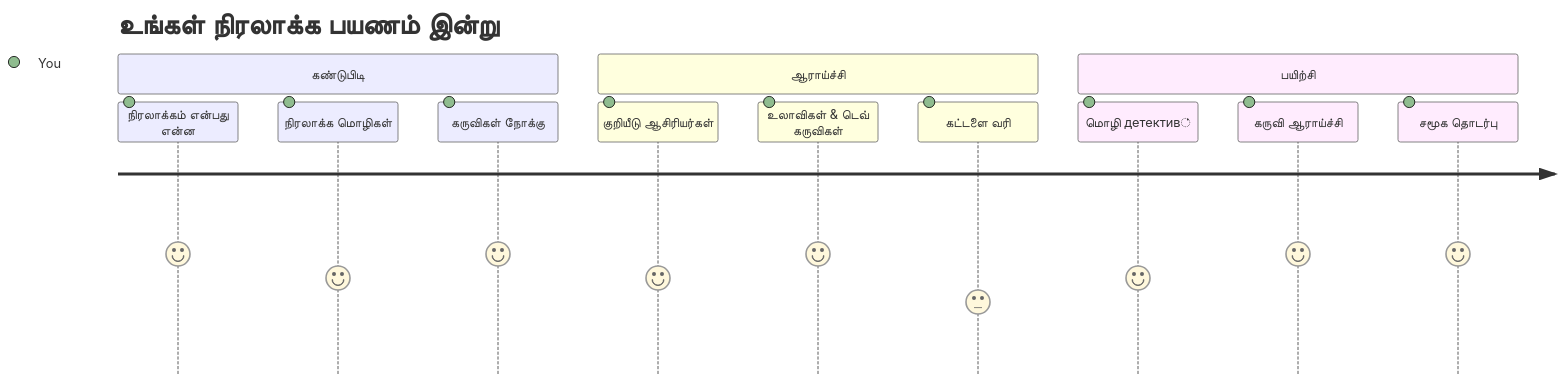
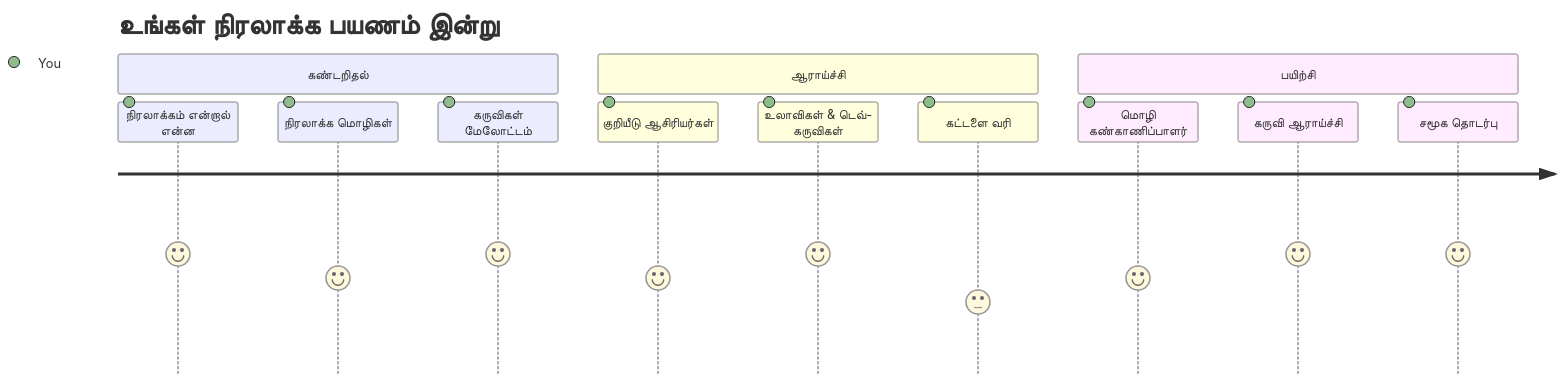
Before and after one commit to microsoft/Web-Dev-For-Beginners: the first of 7 diagrams in translations/ta/1-getting-started-lessons/1-intro-to-programming-languages/README.md, drawn with Mermaid. The commit also changed other lines of this file and 8 other files, not shown here.

````diff
--- a/translations/ta/1-getting-started-lessons/1-intro-to-programming-languages/README.md
+++ b/translations/ta/1-getting-started-lessons/1-intro-to-programming-languages/README.md
@@ -14,16 +14,16 @@
 ```mermaid
 journey
     title உங்கள் நிரலாக்க பயணம் இன்று
-    section கண்டுபிடி
-      நிரலாக்கம் என்பது என்ன: 5: You
+    section கண்டறிதல்
+      நிரலாக்கம் என்றால் என்ன: 5: You
       நிரலாக்க மொழிகள்: 4: You
-      கருவிகள் நோக்கு: 5: You
+      கருவிகள் மேலோட்டம்: 5: You
     section ஆராய்ச்சி
       குறியீடு ஆசிரியர்கள்: 4: You
-      உலாவிகள் & டெவ் கருவிகள்: 5: You
+      உலாவிகள் & டெவ்-கருவிகள்: 5: You
       கட்டளை வரி: 3: You
     section பயிற்சி
-      மொழி детектив்: 4: You
+      மொழி கண்காணிப்பாளர்: 4: You
       கருவி ஆராய்ச்சி: 5: You
       சமூக தொடர்பு: 5: You
 ```
````
